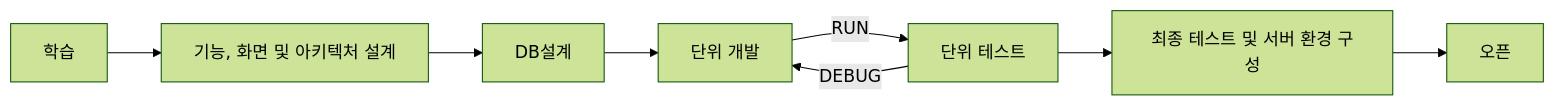
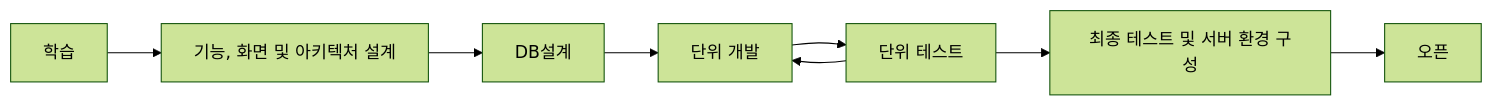
One commit to umamusi/pentago changed the diagram in README.md. Above: the diagram before and after it, drawn with Mermaid (forest theme).

````diff
--- a/README.md
+++ b/README.md
@@ -46,10 +46,10 @@
 ```mermaid
 graph LR
 A[학습] --> B[기능, 화면 및 아키텍처 설계]
 B --> C[DB설계]
 C --> D[단위 개발]
-D -- RUN --> F[단위 테스트]
-F -- DEBUG --> D
+D --> F[단위 테스트]
+F --> D
 F --> G[최종 테스트 및 서버 환경 구성]
 G --> H[오픈]
 ```
````
